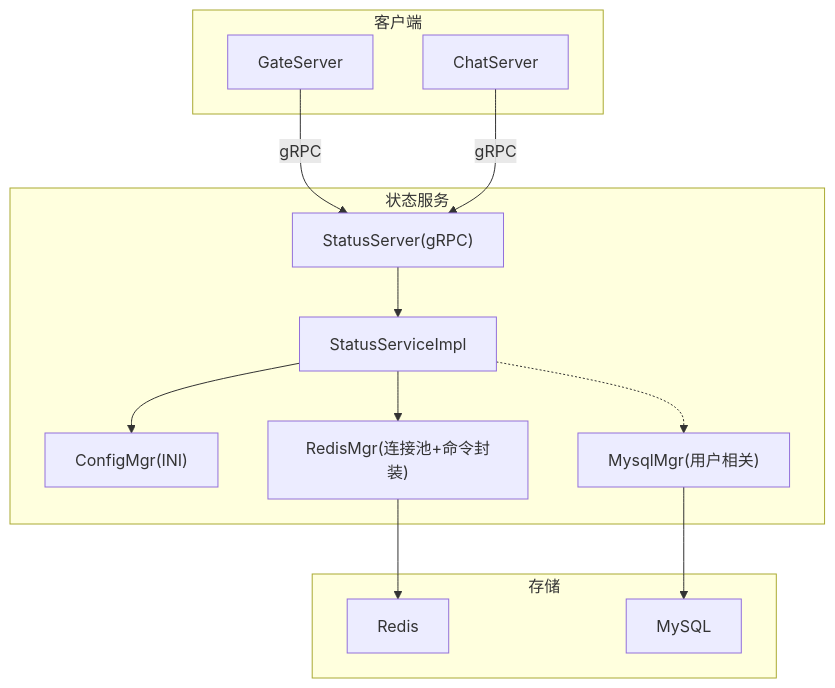
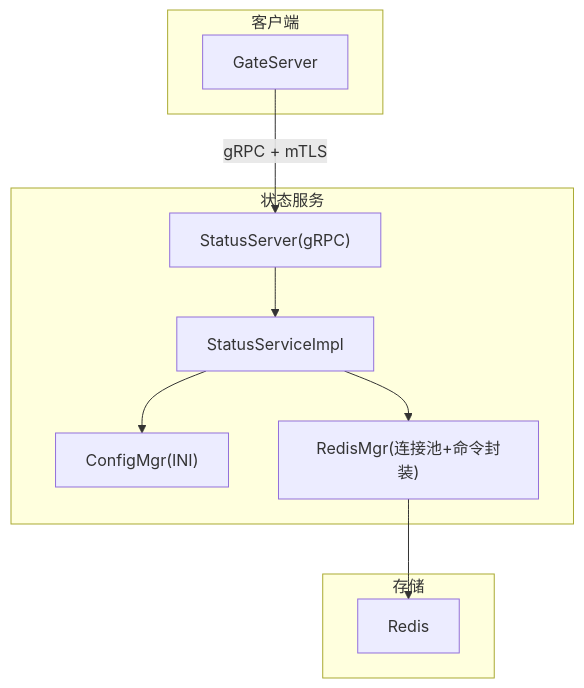
One commit to echo9923/mychatter changed the first of 5 diagrams in .qoder/repowiki/zh/content/架构设计/微服务架构设计/StatusServer状态管理服务.md. Above: the diagram before and after it, drawn with Mermaid. The commit also changed other lines of this file and 107 other files, not shown here.

````diff
--- a/.qoder/repowiki/zh/content/架构设计/微服务架构设计/StatusServer状态管理服务.md
+++ b/.qoder/repowiki/zh/content/架构设计/微服务架构设计/StatusServer状态管理服务.md
@@ -52,26 +52,20 @@
 ```mermaid
 graph TB
 subgraph "客户端"
 Gate["GateServer"]
-Chat["ChatServer"]
 end
 subgraph "状态服务"
 StatusSrv["StatusServer(gRPC)"]
 Impl["StatusServiceImpl"]
 Cfg["ConfigMgr(INI)"]
 Rds["RedisMgr(连接池+命令封装)"]
-Msql["MysqlMgr(用户相关)"]
 end
 subgraph "存储"
 Redis["Redis"]
-MySQL["MySQL"]
 end
-Gate --> |gRPC| StatusSrv
-Chat --> |gRPC| StatusSrv
+Gate --> |gRPC + mTLS| StatusSrv
 StatusSrv --> Impl
 Impl --> Cfg
 Impl --> Rds
-Impl -.-> Msql
 Rds --> Redis
-Msql --> MySQL
 ```
````
